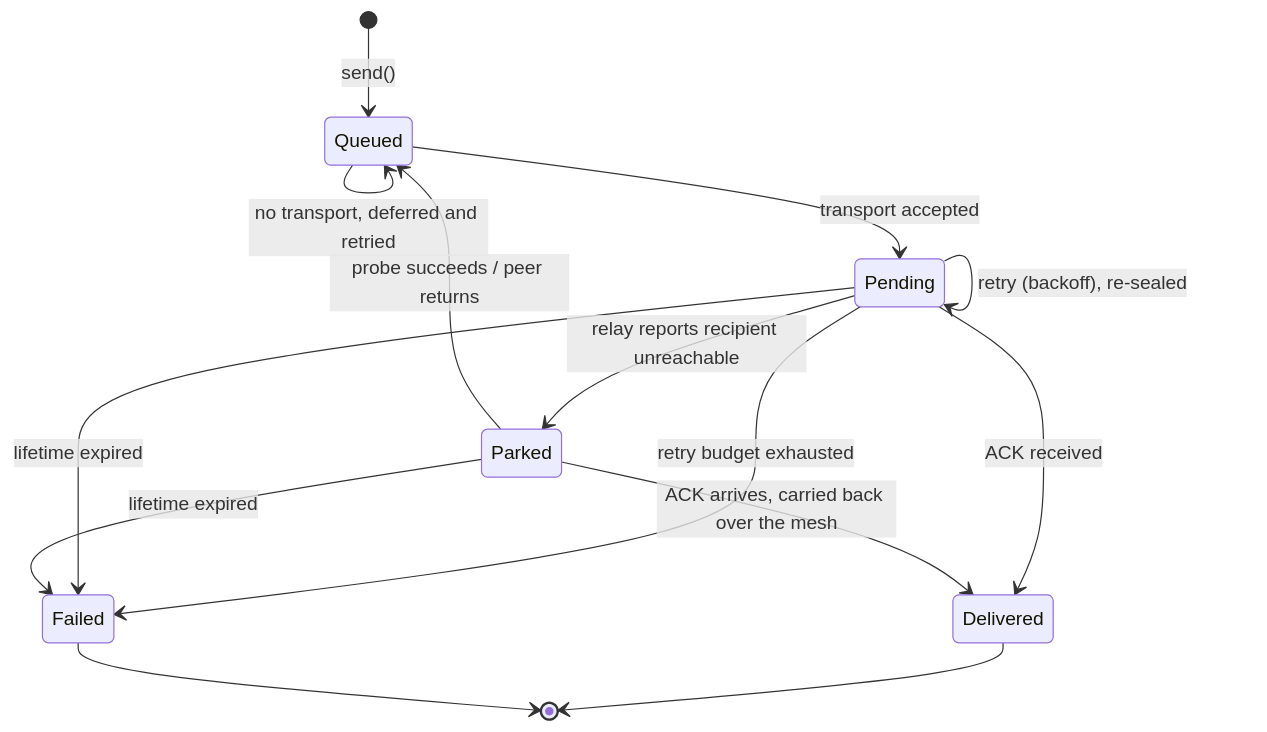
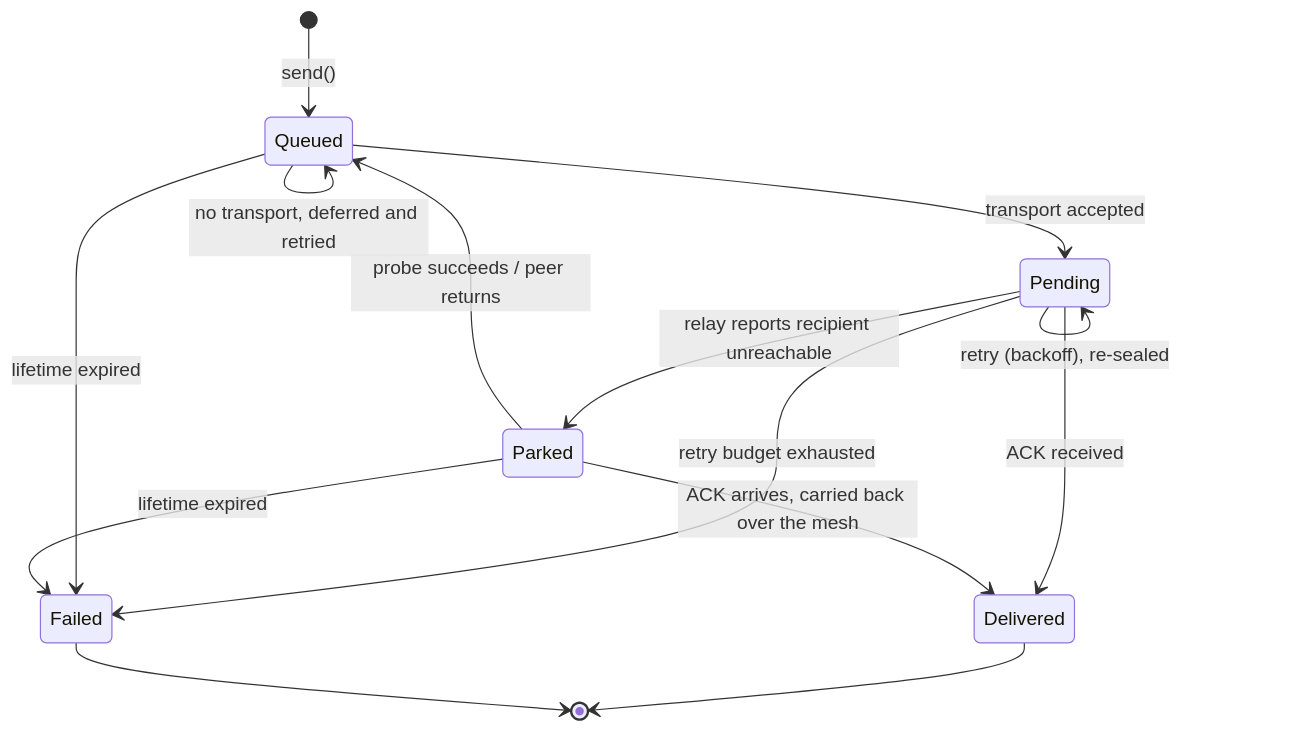
One commit to Offline-Protocol/offline-protocol-sdk changed the diagram in docs/state-machines/outbox-and-retries.md. Above: the diagram before and after it, drawn with Mermaid. The commit also changed other lines of this file and 15 other files, not shown here.

````diff
--- a/docs/state-machines/outbox-and-retries.md
+++ b/docs/state-machines/outbox-and-retries.md
@@ -28,19 +28,19 @@
 ```mermaid
 stateDiagram-v2
     [*] --> Queued: send()
     Queued --> Pending: transport accepted
     Queued --> Queued: no transport, deferred and retried
 
     Pending --> Delivered: ACK received
     Pending --> Pending: retry (backoff), re-sealed
     Pending --> Parked: relay reports recipient unreachable
     Pending --> Failed: retry budget exhausted
-    Pending --> Failed: lifetime expired
 
+    Queued --> Failed: lifetime expired
     Parked --> Delivered: ACK arrives, carried back over the mesh
     Parked --> Queued: probe succeeds / peer returns
     Parked --> Failed: lifetime expired
 
     Delivered --> [*]
     Failed --> [*]
 ```
````
